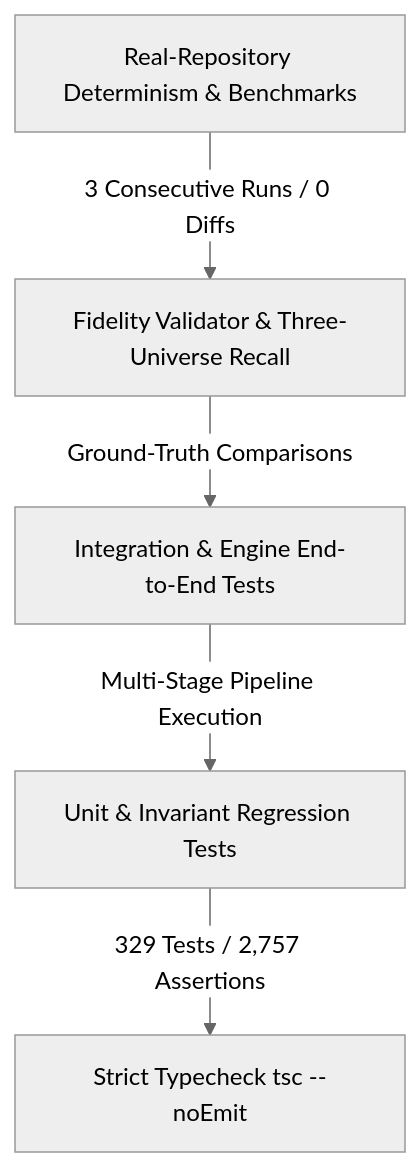
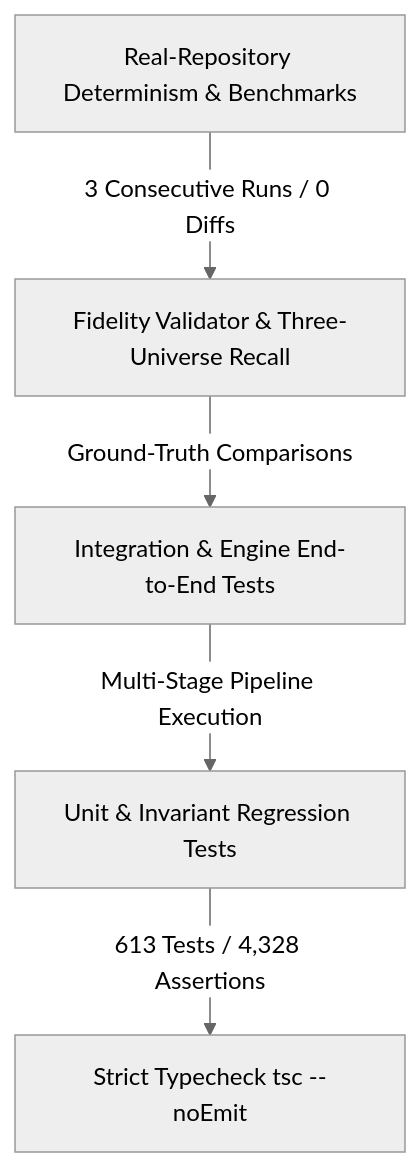
The diagram in docs/development/testing-strategy.md (raitaskeen/LegacyExodus), drawn with Mermaid (neutral theme) before and after one commit. The commit also changed other lines of this file and 11 other files, not shown here.

````diff
--- a/docs/development/testing-strategy.md
+++ b/docs/development/testing-strategy.md
@@ -9,7 +9,7 @@
 ```mermaid
 flowchart TD
     A[Real-Repository Determinism & Benchmarks] -->|3 Consecutive Runs / 0 Diffs| B[Fidelity Validator & Three-Universe Recall]
     B -->|Ground-Truth Comparisons| C[Integration & Engine End-to-End Tests]
     C -->|Multi-Stage Pipeline Execution| D[Unit & Invariant Regression Tests]
-    D -->|329 Tests / 2,757 Assertions| E[Strict Typecheck tsc --noEmit]
+    D -->|613 Tests / 4,328 Assertions| E[Strict Typecheck tsc --noEmit]
 ```
````
